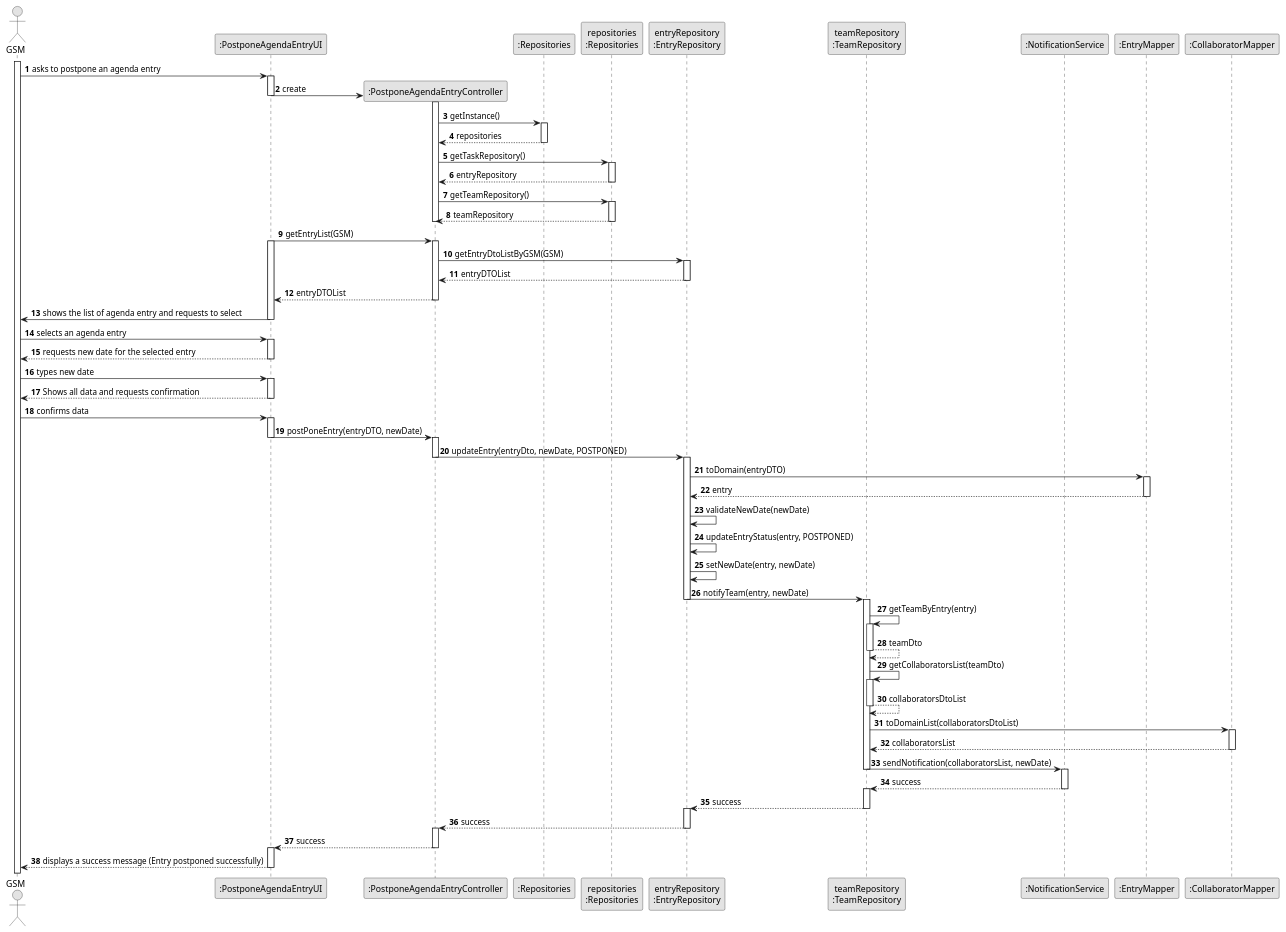
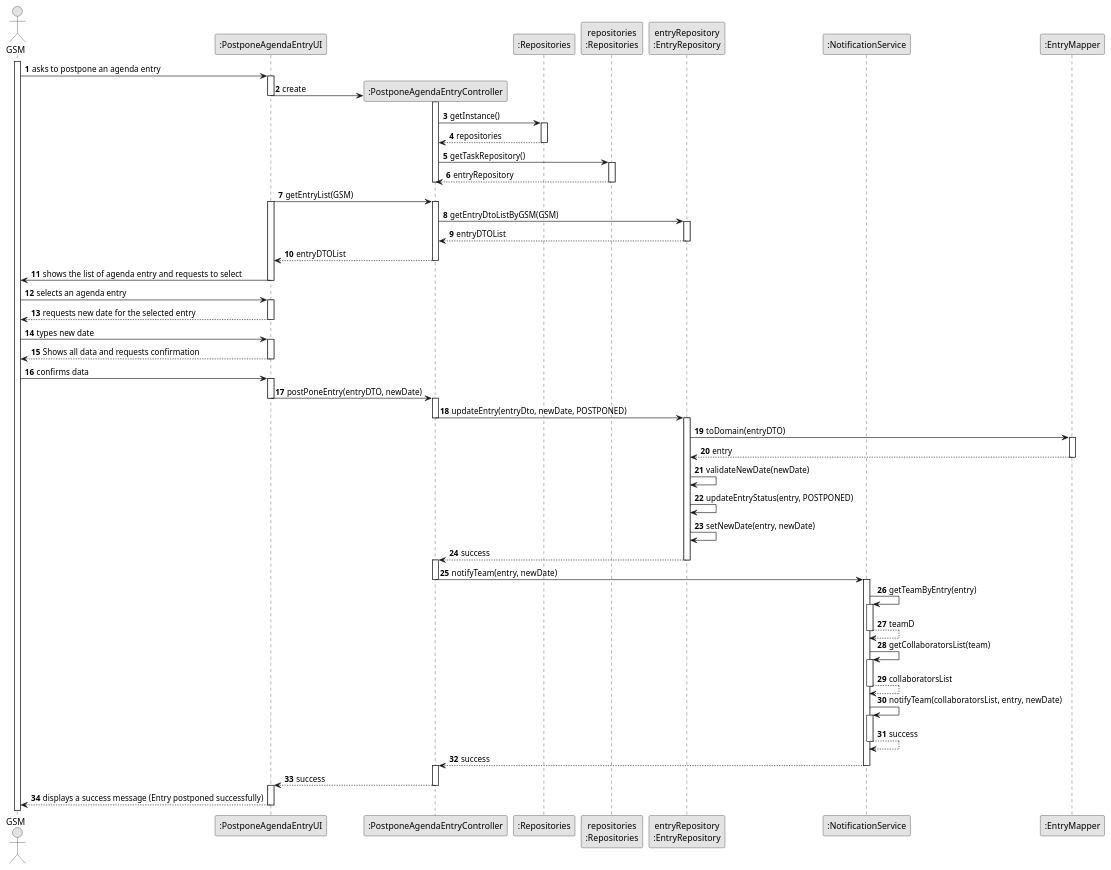
Before and after one commit to ricardomm7/leaflink: the diagram in docs/sprintC/us024/03.design/puml/us024-sequence-diagram-full.puml, drawn with PlantUML. The commit also changed 7 other files, not shown here.

```diff
--- a/docs/sprintC/us024/03.design/puml/us024-sequence-diagram-full.puml
+++ b/docs/sprintC/us024/03.design/puml/us024-sequence-diagram-full.puml
@@ -1,148 +1,131 @@
 @startuml
 skinparam monochrome true
 skinparam packageStyle rectangle
 skinparam shadowing false
 
 autonumber
 
 actor "GSM" as GSM
 participant ":PostponeAgendaEntryUI" as UI
 participant ":PostponeAgendaEntryController" as CTRL
 participant ":Repositories" as RepositorySingleton
 participant "repositories\n:Repositories" as PLAT
 participant "entryRepository\n:EntryRepository" as EntryRepo
-participant "teamRepository\n:TeamRepository" as TeamRepo
 participant ":NotificationService" as NotificationService
 participant ":EntryMapper" as EntryMapper
-participant ":CollaboratorMapper" as CollaboratorMapper
 
 
 activate GSM
 
     GSM -> UI : asks to postpone an agenda entry
     activate UI
 
         UI -> CTRL **: create
         deactivate UI
         activate CTRL
 
             CTRL -> RepositorySingleton : getInstance()
             activate RepositorySingleton
 
                 RepositorySingleton --> CTRL : repositories
             deactivate RepositorySingleton
 
             CTRL -> PLAT : getTaskRepository()
             activate PLAT
 
                 PLAT --> CTRL : entryRepository
             deactivate PLAT
 
-            CTRL -> PLAT : getTeamRepository()
-            activate PLAT
-
-            PLAT --> CTRL : teamRepository
-            deactivate PLAT
              deactivate CTRL
 
         deactivate UI
 
         UI -> CTRL: getEntryList(GSM)
         activate UI
         activate CTRL
 
             CTRL -> EntryRepo: getEntryDtoListByGSM(GSM)
             activate EntryRepo
 
 
             EntryRepo --> CTRL : entryDTOList
             deactivate EntryRepo
 
             CTRL --> UI : entryDTOList
         deactivate CTRL
 
         UI -> GSM : shows the list of agenda entry and requests to select
     deactivate UI
 
     GSM -> UI : selects an agenda entry
     activate UI
 
         UI --> GSM : requests new date for the selected entry
     deactivate UI
 
     GSM -> UI : types new date
     activate UI
 
     UI --> GSM : Shows all data and requests confirmation
     deactivate UI
 
     GSM -> UI: confirms data
     activate UI
 
         UI -> CTRL : postPoneEntry(entryDTO, newDate)
         deactivate UI
         activate CTRL
 
 
             CTRL -> EntryRepo : updateEntry(entryDto, newDate, POSTPONED)
             deactivate CTRL
             activate EntryRepo
 
             EntryRepo -> EntryMapper : toDomain(entryDTO)
             activate EntryMapper
 
             EntryMapper --> EntryRepo : entry
             deactivate EntryMapper
 
                 EntryRepo -> EntryRepo : validateNewDate(newDate)
                 EntryRepo -> EntryRepo : updateEntryStatus(entry, POSTPONED)
                 EntryRepo -> EntryRepo : setNewDate(entry, newDate)
 
-            EntryRepo -> TeamRepo : notifyTeam(entry, newDate)
+            EntryRepo --> CTRL : success
             deactivate EntryRepo
+            activate CTRL
 
-                deactivate EntryRepo
-                activate TeamRepo
+            CTRL -> NotificationService : notifyTeam(entry, newDate)
+            deactivate CTRL
+            activate NotificationService
 
-                    TeamRepo -> TeamRepo : getTeamByEntry(entry)
-                    activate TeamRepo
+                NotificationService -> NotificationService : getTeamByEntry(entry)
+                activate NotificationService
 
-                    TeamRepo --> TeamRepo : teamDto
-                    deactivate TeamRepo
+                NotificationService --> NotificationService : teamD
+                deactivate NotificationService
 
-                    TeamRepo -> TeamRepo : getCollaboratorsList(teamDto)
-                    activate TeamRepo
+                NotificationService -> NotificationService : getCollaboratorsList(team)
+                activate NotificationService
 
-                    TeamRepo --> TeamRepo : collaboratorsDtoList
-                    deactivate TeamRepo
+                NotificationService --> NotificationService : collaboratorsList
+                deactivate NotificationService
 
-                    TeamRepo -> CollaboratorMapper : toDomainList(collaboratorsDtoList)
-                    activate CollaboratorMapper
+                NotificationService -> NotificationService : notifyTeam(collaboratorsList, entry, newDate)
+                activate NotificationService
 
-                    CollaboratorMapper --> TeamRepo : collaboratorsList
-                    deactivate CollaboratorMapper
+                NotificationService --> NotificationService : success
+                deactivate NotificationService
 
-                    TeamRepo -> NotificationService : sendNotification(collaboratorsList, newDate)
-                    deactivate TeamRepo
-                    activate NotificationService
-
-                        NotificationService --> TeamRepo : success
-                    deactivate NotificationService
-                    activate TeamRepo
-
-                TeamRepo --> EntryRepo : success
-                deactivate TeamRepo
-                activate EntryRepo
-
-        EntryRepo --> CTRL : success
-        deactivate EntryRepo
+                NotificationService --> CTRL : success
+                deactivate NotificationService
         activate CTRL
 
         CTRL --> UI : success
     deactivate CTRL
     activate UI
 
     UI --> GSM : displays a success message (Entry postponed successfully)
 deactivate UI
 
 @enduml
```
